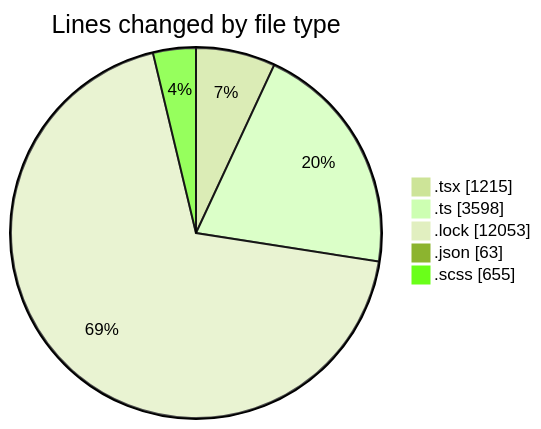
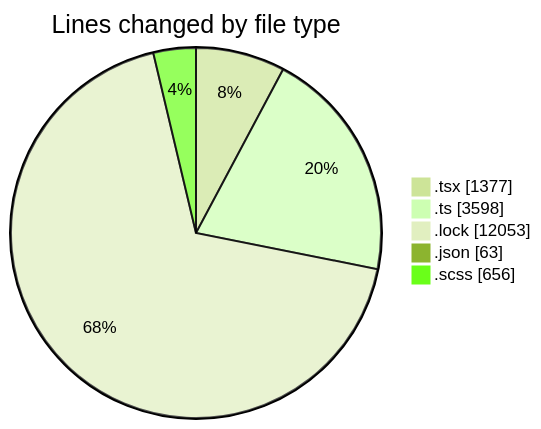
The first of 2 diagrams in 2025-12-03/cda/README.md (momahboobian/code-tracking), drawn with Mermaid (forest theme) before and after one commit. The commit also changed other lines of this file and 1 other file, not shown here.

````diff
--- a/2025-12-03/cda/README.md
+++ b/2025-12-03/cda/README.md
@@ -27,9 +27,9 @@
 ```mermaid
 pie showData
 title Lines changed by file type
-".tsx" : 1215
+".tsx" : 1377
 ".ts" : 3598
 ".lock" : 12053
 ".json" : 63
-".scss" : 655
+".scss" : 656
 ```
````
